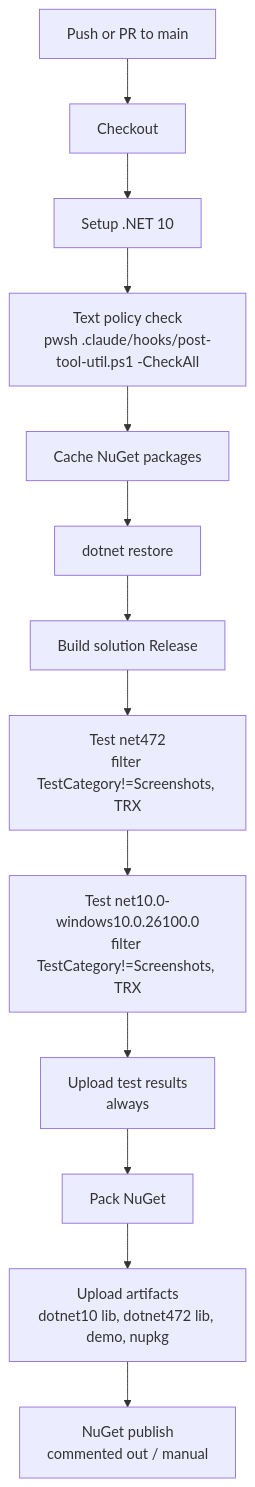
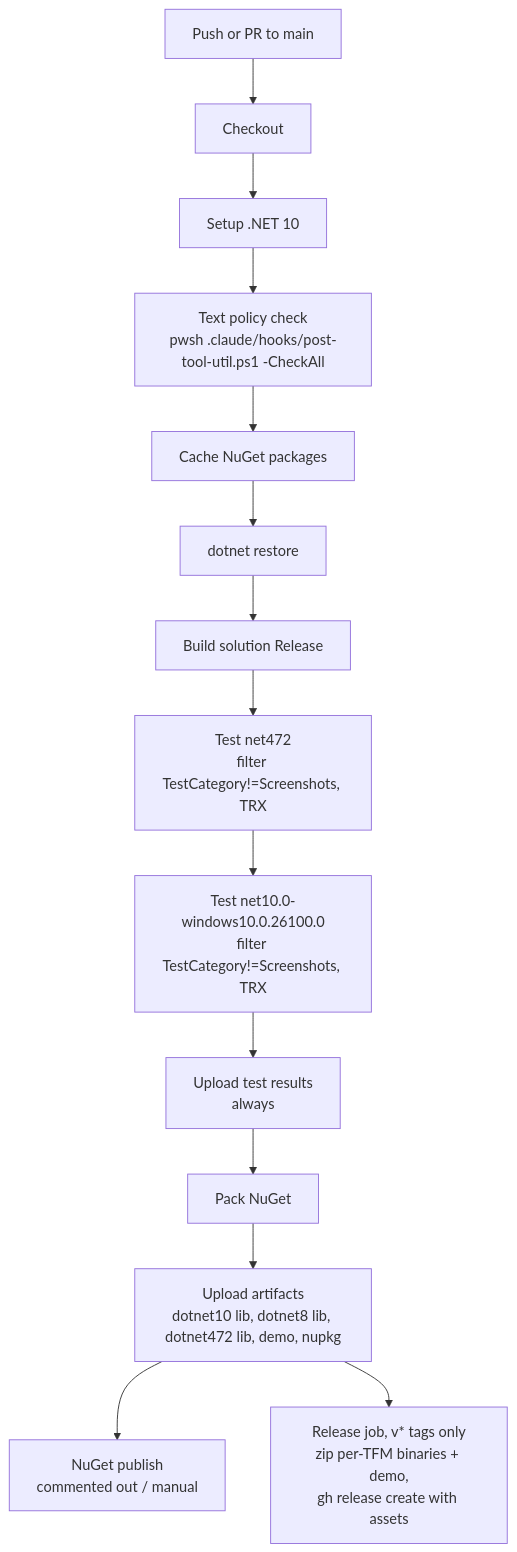
Before and after one commit to sintaxasn/Fluence.Wpf: the diagram in AGENTS.md, drawn with Mermaid. The commit also changed other lines of this file and 1 other file, not shown here.

Commit message:
Document the net8 artifact and tag-triggered release job

````diff
--- a/AGENTS.md
+++ b/AGENTS.md
@@ -299,15 +299,16 @@
 ```mermaid
 flowchart TD
     A[Push or PR to main] --> B[Checkout]
     B --> C[Setup .NET 10]
     C --> G[Text policy check<br/>pwsh .claude/hooks/post-tool-util.ps1 -CheckAll]
     G --> D[Cache NuGet packages]
     D --> E[dotnet restore]
     E --> H[Build solution Release]
     H --> I[Test net472<br/>filter TestCategory!=Screenshots, TRX]
     I --> J[Test net10.0-windows10.0.26100.0<br/>filter TestCategory!=Screenshots, TRX]
     J --> K[Upload test results<br/>always]
     K --> L[Pack NuGet]
-    L --> M[Upload artifacts<br/>dotnet10 lib, dotnet472 lib, demo, nupkg]
+    L --> M[Upload artifacts<br/>dotnet10 lib, dotnet8 lib, dotnet472 lib, demo, nupkg]
     M --> N[NuGet publish<br/>commented out / manual]
+    M --> R[Release job, v* tags only<br/>zip per-TFM binaries + demo,<br/>gh release create with assets]
 ```
````
